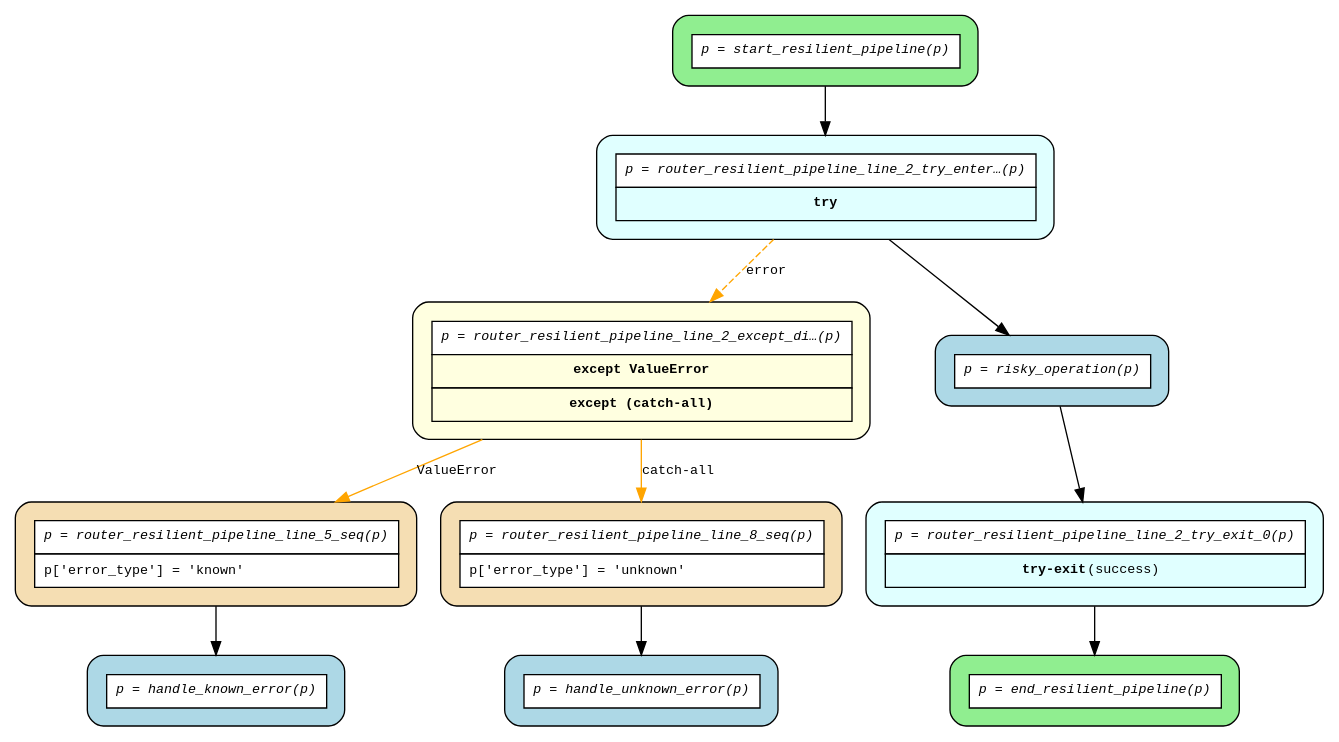
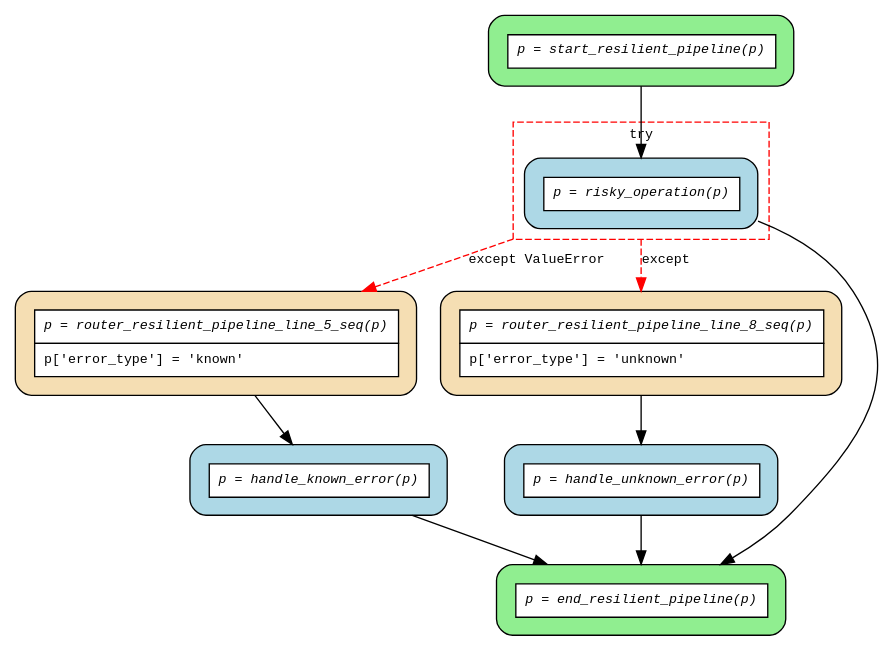
Before and after one commit to deliveryhero/asya: the diagram in examples/flows/compiled/try_except_catch_all/flow.dot, drawn with Graphviz. The commit also changed 9 other files, not shown here.

First line of the commit message:
fix(flow): redesign try-except DOT visualization with dashed clusters

```diff
--- a/examples/flows/compiled/try_except_catch_all/flow.dot
+++ b/examples/flows/compiled/try_except_catch_all/flow.dot
@@ -1,27 +1,31 @@
 digraph flow {
   rankdir=TB;
+  compound=true;
   graph [fontname="Courier", fontsize=10];
   node [fontname="Courier", fontsize=10, shape=box, style="filled,rounded", margin="0.2"];
   edge [fontname="Courier", fontsize=10];
 
   start_resilient_pipeline [fillcolor="lightgreen", label=<<table border="0" cellspacing="0" cellpadding="6" cellborder="1"><tr><td bgcolor="white" align="center"><i>p = start_resilient_pipeline(p)</i></td></tr></table>>];
   router_resilient_pipeline_line_5_seq [fillcolor="wheat", label=<<table border="0" cellspacing="0" cellpadding="6" cellborder="1"><tr><td bgcolor="white" align="center"><i>p = router_resilient_pipeline_line_5_seq(p)</i></td></tr><tr><td bgcolor="white" align="left">p['error_type'] = 'known'</td></tr></table>>];
   router_resilient_pipeline_line_8_seq [fillcolor="wheat", label=<<table border="0" cellspacing="0" cellpadding="6" cellborder="1"><tr><td bgcolor="white" align="center"><i>p = router_resilient_pipeline_line_8_seq(p)</i></td></tr><tr><td bgcolor="white" align="left">p['error_type'] = 'unknown'</td></tr></table>>];
-  router_resilient_pipeline_line_2_try_enter_0 [fillcolor="lightcyan", label=<<table border="0" cellspacing="0" cellpadding="6" cellborder="1"><tr><td bgcolor="white" align="center"><i>p = router_resilient_pipeline_line_2_try_enter…(p)</i></td></tr><tr><td bgcolor="lightcyan"><b>try</b></td></tr></table>>];
-  router_resilient_pipeline_line_2_try_exit_0 [fillcolor="lightcyan", label=<<table border="0" cellspacing="0" cellpadding="6" cellborder="1"><tr><td bgcolor="white" align="center"><i>p = router_resilient_pipeline_line_2_try_exit_0(p)</i></td></tr><tr><td bgcolor="lightcyan"><b>try-exit</b> (success)</td></tr></table>>];
-  router_resilient_pipeline_line_2_except_dispatch_0 [fillcolor="lightyellow", label=<<table border="0" cellspacing="0" cellpadding="6" cellborder="1"><tr><td bgcolor="white" align="center"><i>p = router_resilient_pipeline_line_2_except_di…(p)</i></td></tr><tr><td bgcolor="lightyellow"><b>except ValueError</b></td></tr><tr><td bgcolor="lightyellow"><b>except (catch-all)</b></td></tr></table>>];
   end_resilient_pipeline [fillcolor="lightgreen", label=<<table border="0" cellspacing="0" cellpadding="6" cellborder="1"><tr><td bgcolor="white" align="center"><i>p = end_resilient_pipeline(p)</i></td></tr></table>>];
   handle_known_error [fillcolor="lightblue", label=<<table border="0" cellspacing="0" cellpadding="6" cellborder="1"><tr><td bgcolor="white" align="center"><i>p = handle_known_error(p)</i></td></tr></table>>];
   handle_unknown_error [fillcolor="lightblue", label=<<table border="0" cellspacing="0" cellpadding="6" cellborder="1"><tr><td bgcolor="white" align="center"><i>p = handle_unknown_error(p)</i></td></tr></table>>];
-  risky_operation [fillcolor="lightblue", label=<<table border="0" cellspacing="0" cellpadding="6" cellborder="1"><tr><td bgcolor="white" align="center"><i>p = risky_operation(p)</i></td></tr></table>>];
+  subgraph cluster_try_0 {
+    style=dashed;
+    color="red";
+    fontname="Courier";
+    fontsize=10;
+    label="try";
+    risky_operation [fillcolor="lightblue", label=<<table border="0" cellspacing="0" cellpadding="6" cellborder="1"><tr><td bgcolor="white" align="center"><i>p = risky_operation(p)</i></td></tr></table>>];
+  }
 
-  risky_operation -> router_resilient_pipeline_line_2_try_exit_0;
-  router_resilient_pipeline_line_2_except_dispatch_0 -> router_resilient_pipeline_line_5_seq [color=orange, label="ValueError"];
-  router_resilient_pipeline_line_2_except_dispatch_0 -> router_resilient_pipeline_line_8_seq [color=orange, label="catch-all"];
-  router_resilient_pipeline_line_2_try_enter_0 -> risky_operation;
-  router_resilient_pipeline_line_2_try_enter_0 -> router_resilient_pipeline_line_2_except_dispatch_0 [color=orange, style=dashed, label="error"];
-  router_resilient_pipeline_line_2_try_exit_0 -> end_resilient_pipeline;
+  handle_known_error -> end_resilient_pipeline;
+  handle_unknown_error -> end_resilient_pipeline;
+  risky_operation -> end_resilient_pipeline;
+  risky_operation -> router_resilient_pipeline_line_5_seq [ltail=cluster_try_0, color=red, style=dashed, label="except ValueError"];
+  risky_operation -> router_resilient_pipeline_line_8_seq [ltail=cluster_try_0, color=red, style=dashed, label="except"];
   router_resilient_pipeline_line_5_seq -> handle_known_error;
   router_resilient_pipeline_line_8_seq -> handle_unknown_error;
-  start_resilient_pipeline -> router_resilient_pipeline_line_2_try_enter_0;
+  start_resilient_pipeline -> risky_operation;
 }
```
